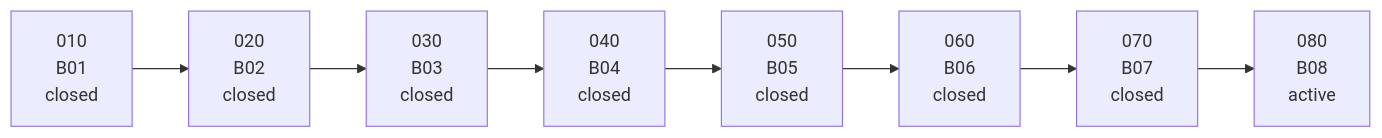
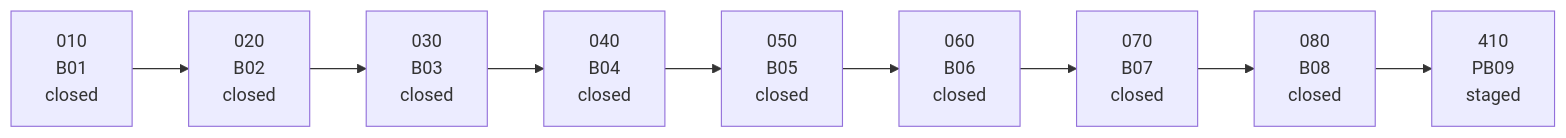
Before and after one commit to tryskian/scorey: the first of 2 diagrams in docs/research/000_LEGEND.md, drawn with Mermaid. The commit also changed other lines of this file and 11 other files, not shown here.

````diff
--- a/docs/research/000_LEGEND.md
+++ b/docs/research/000_LEGEND.md
@@ -26,13 +27,14 @@
 ```mermaid
 flowchart LR
   B1["010<br/>B01<br/>closed"]
   B2["020<br/>B02<br/>closed"]
   B3["030<br/>B03<br/>closed"]
   B4["040<br/>B04<br/>closed"]
   B5["050<br/>B05<br/>closed"]
   B6["060<br/>B06<br/>closed"]
   B7["070<br/>B07<br/>closed"]
-  B8["080<br/>B08<br/>active"]
+  B8["080<br/>B08<br/>closed"]
+  PB9["410<br/>PB09<br/>staged"]
 
-  B1 --> B2 --> B3 --> B4 --> B5 --> B6 --> B7 --> B8
+  B1 --> B2 --> B3 --> B4 --> B5 --> B6 --> B7 --> B8 --> PB9
 ```
````
